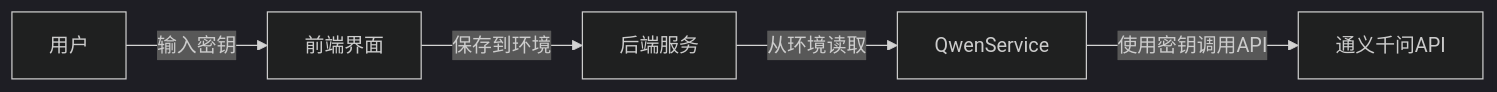
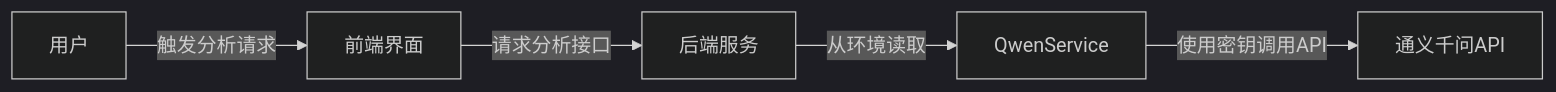
Before and after one commit to xingranya/CervixDetectAI: the fifth of 5 diagrams in wiki/后端架构/外部集成/通义千问AI集成.md, drawn with Mermaid (dark theme). The commit also changed other lines of this file and 9 other files, not shown here.

````diff
--- a/wiki/后端架构/外部集成/通义千问AI集成.md
+++ b/wiki/后端架构/外部集成/通义千问AI集成.md
@@ -222,7 +221,7 @@
 ```mermaid
 graph LR
-User[用户] --> |输入密钥| Frontend[前端界面]
-Frontend --> |保存到环境| Backend[后端服务]
+User[用户] --> |触发分析请求| Frontend[前端界面]
+Frontend --> |请求分析接口| Backend[后端服务]
 Backend --> |从环境读取| QwenService[QwenService]
 QwenService --> |使用密钥调用API| QwenAPI[通义千问API]
 ```
````
